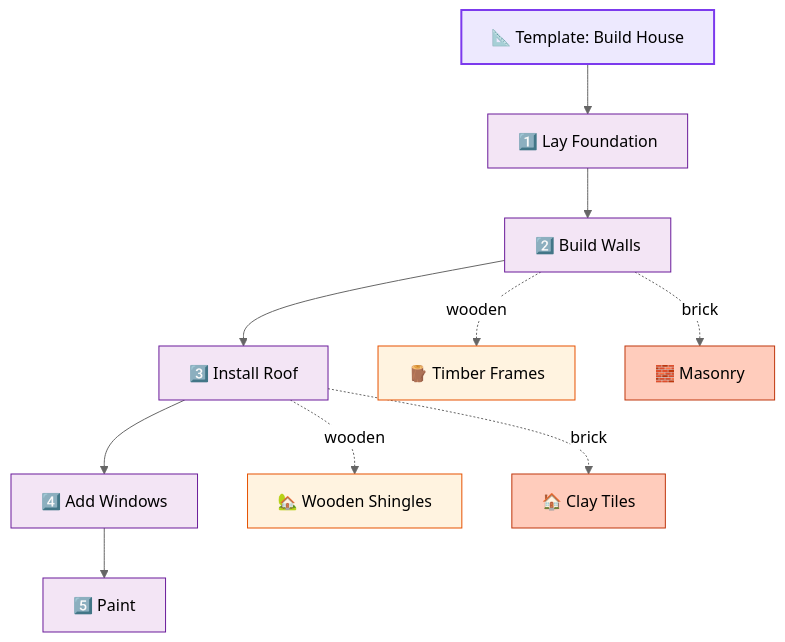
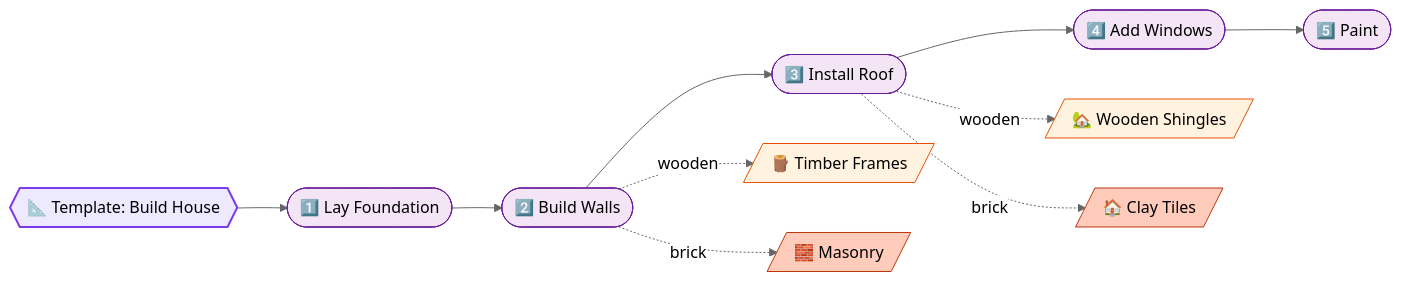
One commit to saivamsikaruturi/vamsilabs-dev-notes-main changed the first of 3 diagrams in docs/designpatterns/behaviouralDesignPatterns/TemplateDp.md. Above: the diagram before and after it, drawn with Mermaid (neutral theme). The commit also changed other lines of this file and 146 other files, not shown here.

Commit message:
Horizontal diagrams, UML class diagrams, typography overhaul, and permalink cleanup

````diff
--- a/docs/designpatterns/behaviouralDesignPatterns/TemplateDp.md
+++ b/docs/designpatterns/behaviouralDesignPatterns/TemplateDp.md
@@ -12,25 +12,25 @@
 ```mermaid
-flowchart TD
-    T["📐 Template: Build House"]
-    T --> S1["1️⃣ Lay Foundation"]
-    S1 --> S2["2️⃣ Build Walls"]
-    S2 --> S3["3️⃣ Install Roof"]
-    S3 --> S4["4️⃣ Add Windows"]
-    S4 --> S5["5️⃣ Paint"]
+flowchart LR
+    T{{"📐 Template: Build House"}}
+    T --> S1(["1️⃣ Lay Foundation"])
+    S1 --> S2(["2️⃣ Build Walls"])
+    S2 --> S3(["3️⃣ Install Roof"])
+    S3 --> S4(["4️⃣ Add Windows"])
+    S4 --> S5(["5️⃣ Paint"])
     
-    S2 -.->|wooden| W["🪵 Timber Frames"]
-    S2 -.->|brick| B["🧱 Masonry"]
-    S3 -.->|wooden| WR["🏡 Wooden Shingles"]
-    S3 -.->|brick| BR["🏠 Clay Tiles"]
+    S2 -.->|wooden| W[/"🪵 Timber Frames"/]
+    S2 -.->|brick| B[/"🧱 Masonry"/]
+    S3 -.->|wooden| WR[/"🏡 Wooden Shingles"/]
+    S3 -.->|brick| BR[/"🏠 Clay Tiles"/]
     
     style T fill:#EDE9FE,stroke:#7C3AED,stroke-width:2px,color:#000
     style S1 fill:#F3E5F5,stroke:#6A1B9A,color:#000
     style S2 fill:#F3E5F5,stroke:#6A1B9A,color:#000
     style S3 fill:#F3E5F5,stroke:#6A1B9A,color:#000
     style S4 fill:#F3E5F5,stroke:#6A1B9A,color:#000
     style S5 fill:#F3E5F5,stroke:#6A1B9A,color:#000
     style W fill:#FFF3E0,stroke:#E65100,color:#000
     style B fill:#FFCCBC,stroke:#BF360C,color:#000
     style WR fill:#FFF3E0,stroke:#E65100,color:#000
     style BR fill:#FFCCBC,stroke:#BF360C,color:#000
 ```
````
